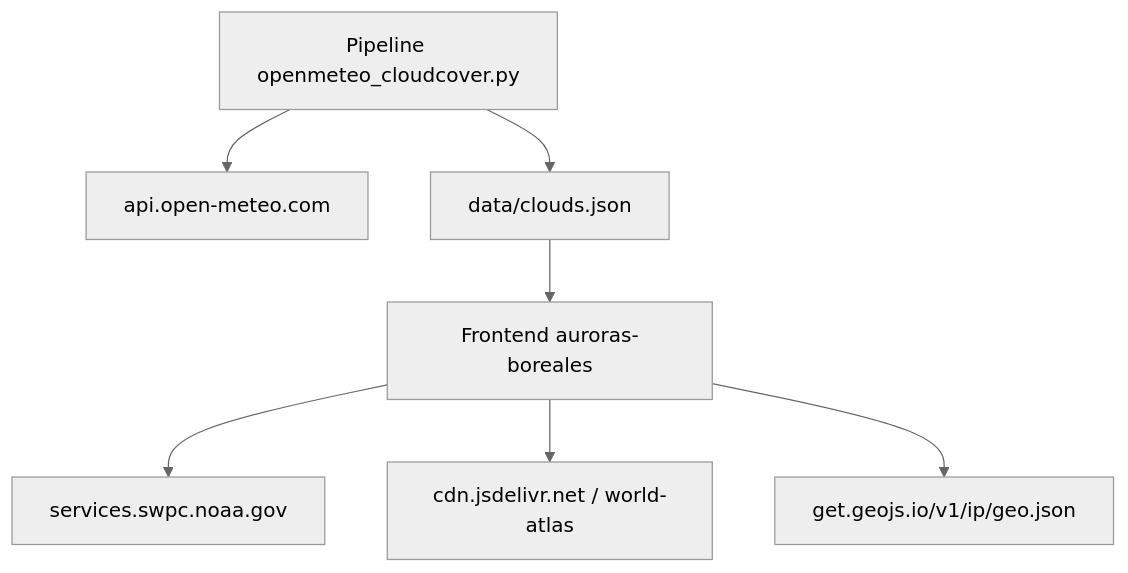
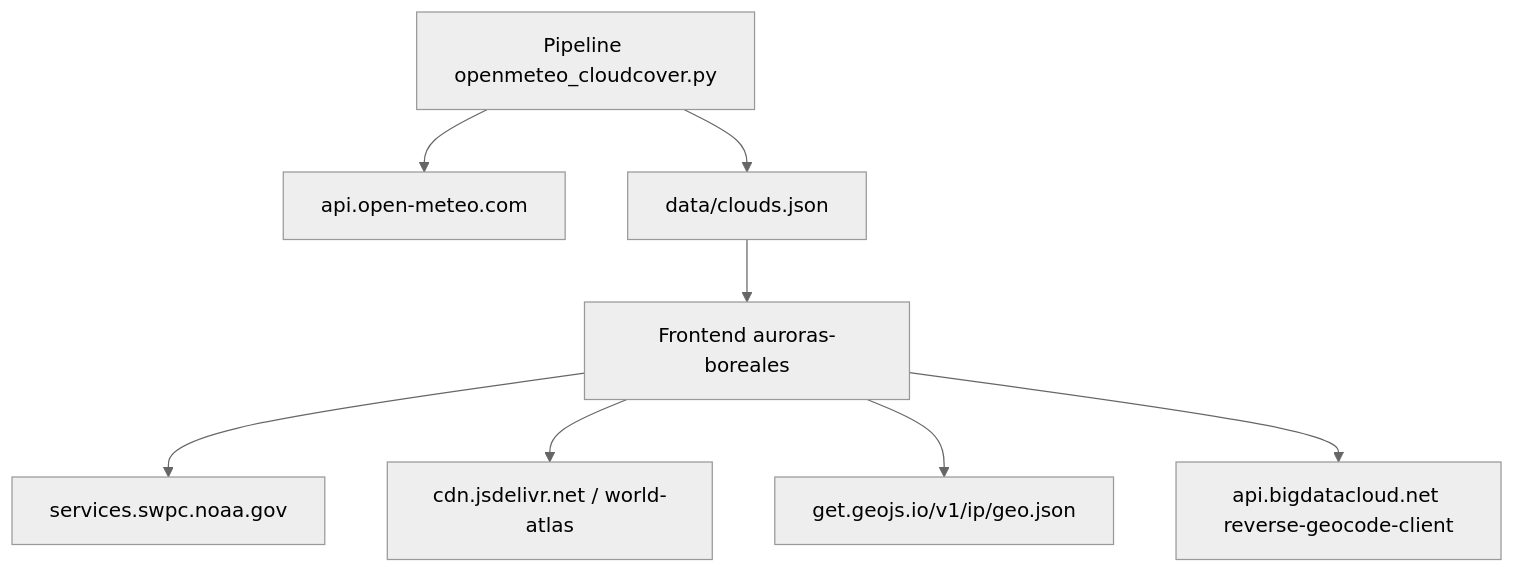
Before and after one commit to romezamario/auroras-boreales: the fourth of 4 diagrams in README.md, drawn with Mermaid (neutral theme). The commit also changed other lines of this file and 8 other files, not shown here.

````diff
--- a/README.md
+++ b/README.md
@@ -262,10 +263,11 @@
 ```mermaid
 flowchart TD
     APP[Frontend auroras-boreales]
     APP --> NOAA[services.swpc.noaa.gov]
     APP --> ATLAS[cdn.jsdelivr.net / world-atlas]
     APP --> IP[get.geojs.io/v1/ip/geo.json]
+    APP --> RG[api.bigdatacloud.net reverse-geocode-client]
     JOB[Pipeline openmeteo_cloudcover.py] --> OM[api.open-meteo.com]
     JOB --> CLOUDS[data/clouds.json]
     CLOUDS --> APP
 ```
````
